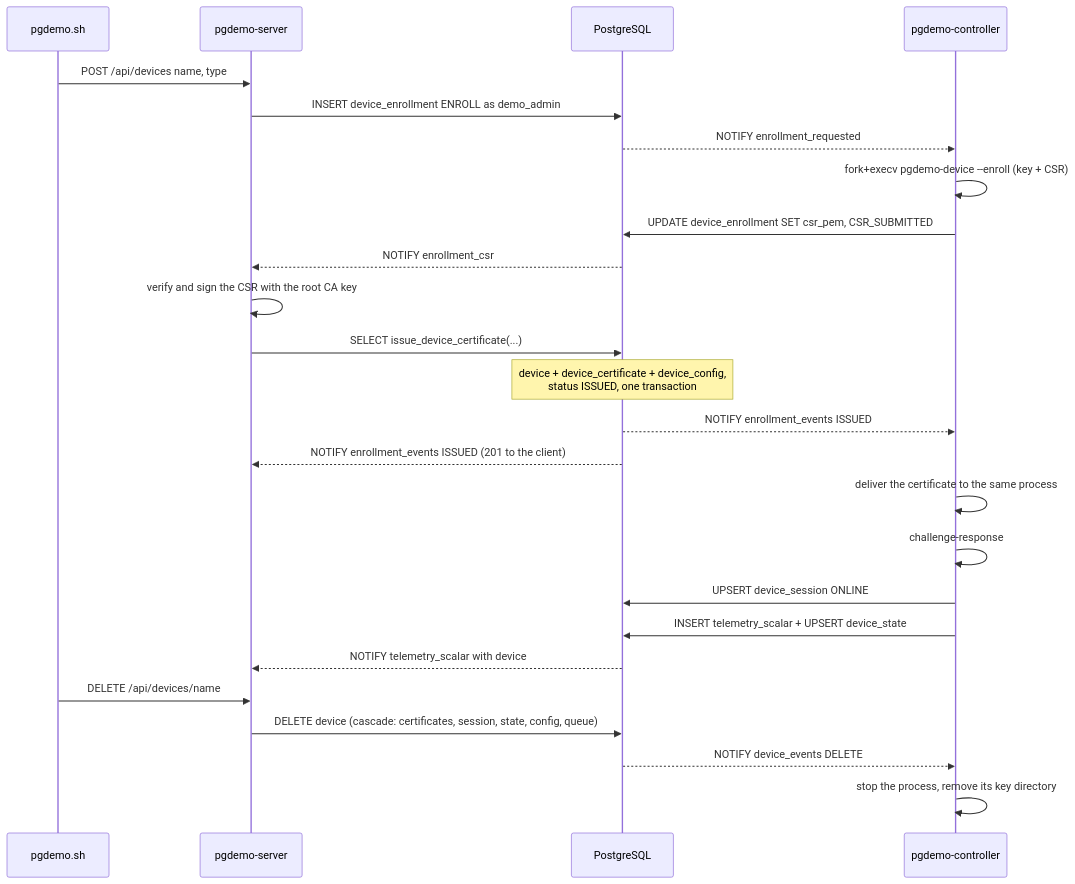
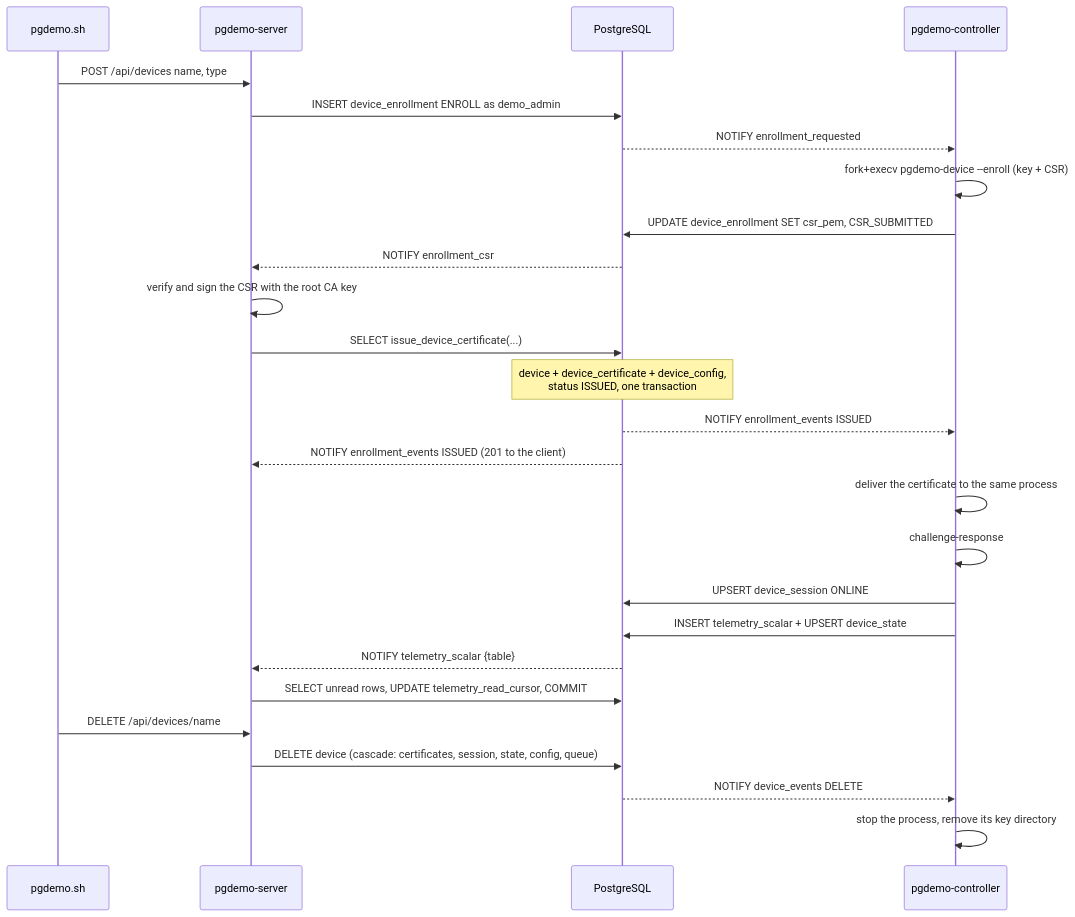
One commit to jgmatu/postgresql changed the third of 4 diagrams in sql/README.md. Above: the diagram before and after it, drawn with Mermaid. The commit also changed other lines of this file and 11 other files, not shown here.

First line of the commit message:
Notify once per telemetry insert and keep the server's read cursor in the database.

````diff
--- a/sql/README.md
+++ b/sql/README.md
@@ -295,27 +297,28 @@
 ```mermaid
 sequenceDiagram
     participant client as pgdemo.sh
     participant server as pgdemo-server
     participant pg as PostgreSQL
     participant ctl as pgdemo-controller
     client->>server: POST /api/devices name, type
     server->>pg: INSERT device_enrollment ENROLL as demo_admin
     pg-->>ctl: NOTIFY enrollment_requested
     ctl->>ctl: fork+execv pgdemo-device --enroll (key + CSR)
     ctl->>pg: UPDATE device_enrollment SET csr_pem, CSR_SUBMITTED
     pg-->>server: NOTIFY enrollment_csr
     server->>server: verify and sign the CSR with the root CA key
     server->>pg: SELECT issue_device_certificate(...)
     Note over pg: device + device_certificate + device_config,<br/>status ISSUED, one transaction
     pg-->>ctl: NOTIFY enrollment_events ISSUED
     pg-->>server: NOTIFY enrollment_events ISSUED (201 to the client)
     ctl->>ctl: deliver the certificate to the same process
     ctl->>ctl: challenge-response
     ctl->>pg: UPSERT device_session ONLINE
     ctl->>pg: INSERT telemetry_scalar + UPSERT device_state
-    pg-->>server: NOTIFY telemetry_scalar with device
+    pg-->>server: NOTIFY telemetry_scalar {table}
+    server->>pg: SELECT unread rows, UPDATE telemetry_read_cursor, COMMIT
     client->>server: DELETE /api/devices/name
     server->>pg: DELETE device (cascade: certificates, session, state, config, queue)
     pg-->>ctl: NOTIFY device_events DELETE
     ctl->>ctl: stop the process, remove its key directory
 ```
````
